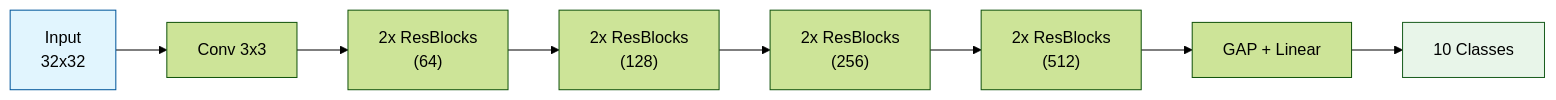
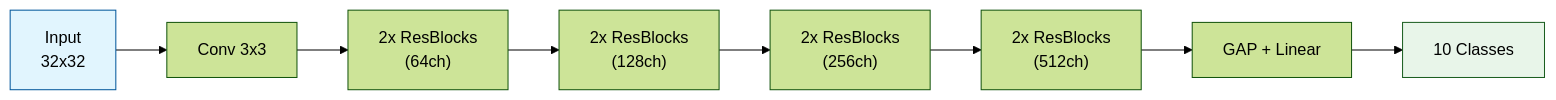
One commit to Sohanuu66/Adversarial-lens changed the second of 2 diagrams in README.md. Above: the diagram before and after it, drawn with Mermaid (forest theme). The commit also changed other lines of this file, not shown here.

````diff
--- a/README.md
+++ b/README.md
@@ -36,15 +84,15 @@
 ```mermaid
 graph LR
     Input["Input<br/>32x32"] --> Conv["Conv 3x3"]
-    
-    Conv --> B1["2x ResBlocks<br/>(64)"]
-    B1 --> B2["2x ResBlocks<br/>(128)"]
-    B2 --> B3["2x ResBlocks<br/>(256)"]
-    B3 --> B4["2x ResBlocks<br/>(512)"]
-    
+
+    Conv --> B1["2x ResBlocks<br/>(64ch)"]
+    B1 --> B2["2x ResBlocks<br/>(128ch)"]
+    B2 --> B3["2x ResBlocks<br/>(256ch)"]
+    B3 --> B4["2x ResBlocks<br/>(512ch)"]
+
     B4 --> Pool["GAP + Linear"]
     Pool --> FC["10 Classes"]
-    
+
     style Input fill:#e1f5fe,stroke:#01579b
     style FC fill:#e8f5e9,stroke:#1b5e20
 ```
````
